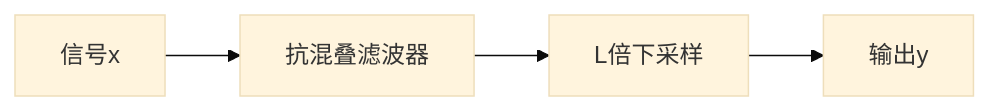
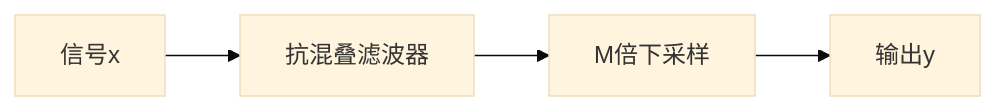
The third of 4 diagrams in _posts/2019-6-27-advanced-DSP.md (mzlogin/mzlogin.github.io), drawn with Mermaid (base theme) before and after one commit. The commit also changed other lines of this file, not shown here.

```diff
--- a/_posts/2019-6-27-advanced-DSP.md
+++ b/_posts/2019-6-27-advanced-DSP.md
@@ -189,6 +189,6 @@
 <div class="mermaid">
 graph LR;
   A[信号x] --> B[抗混叠滤波器];
-  B --> C[L倍下采样];
+  B --> C[M倍下采样];
   C --> D[输出y];
 </div>
```
